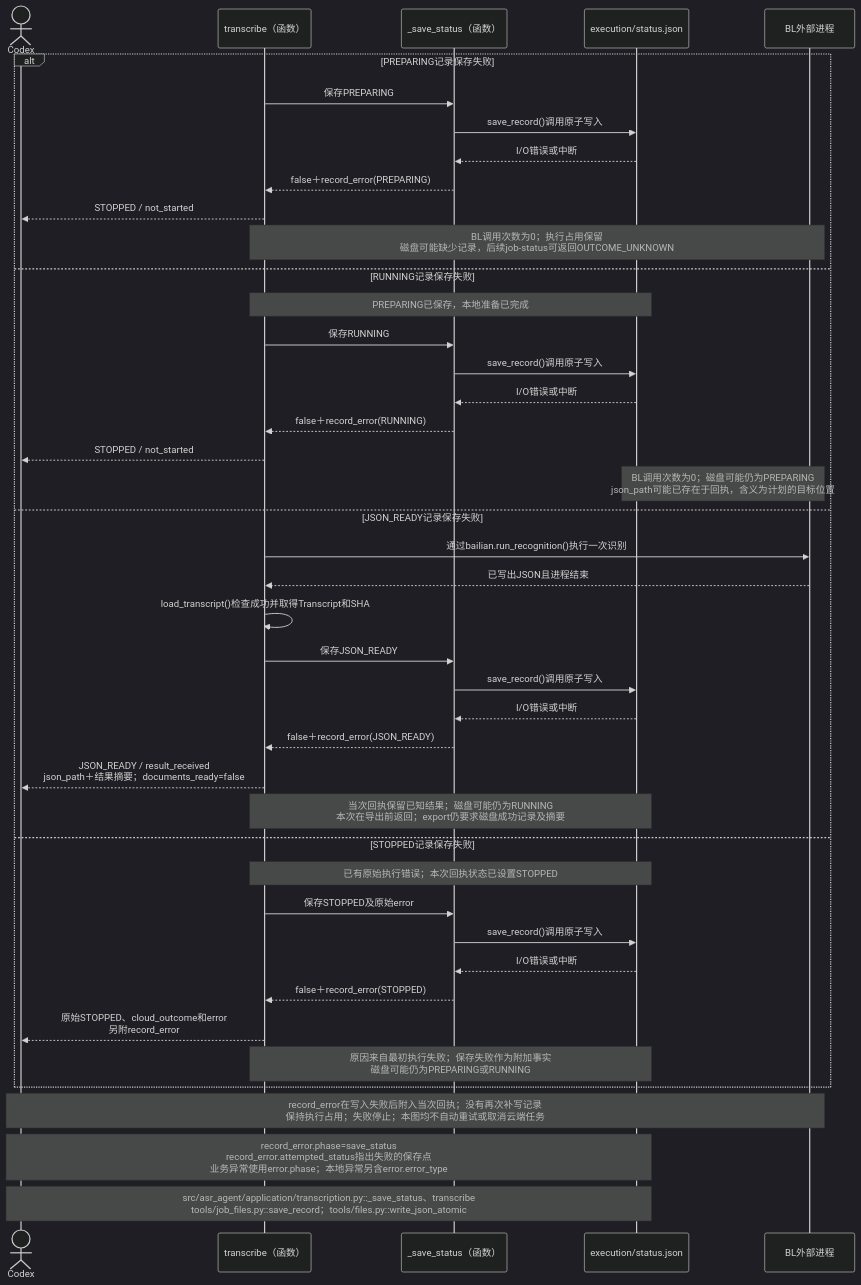
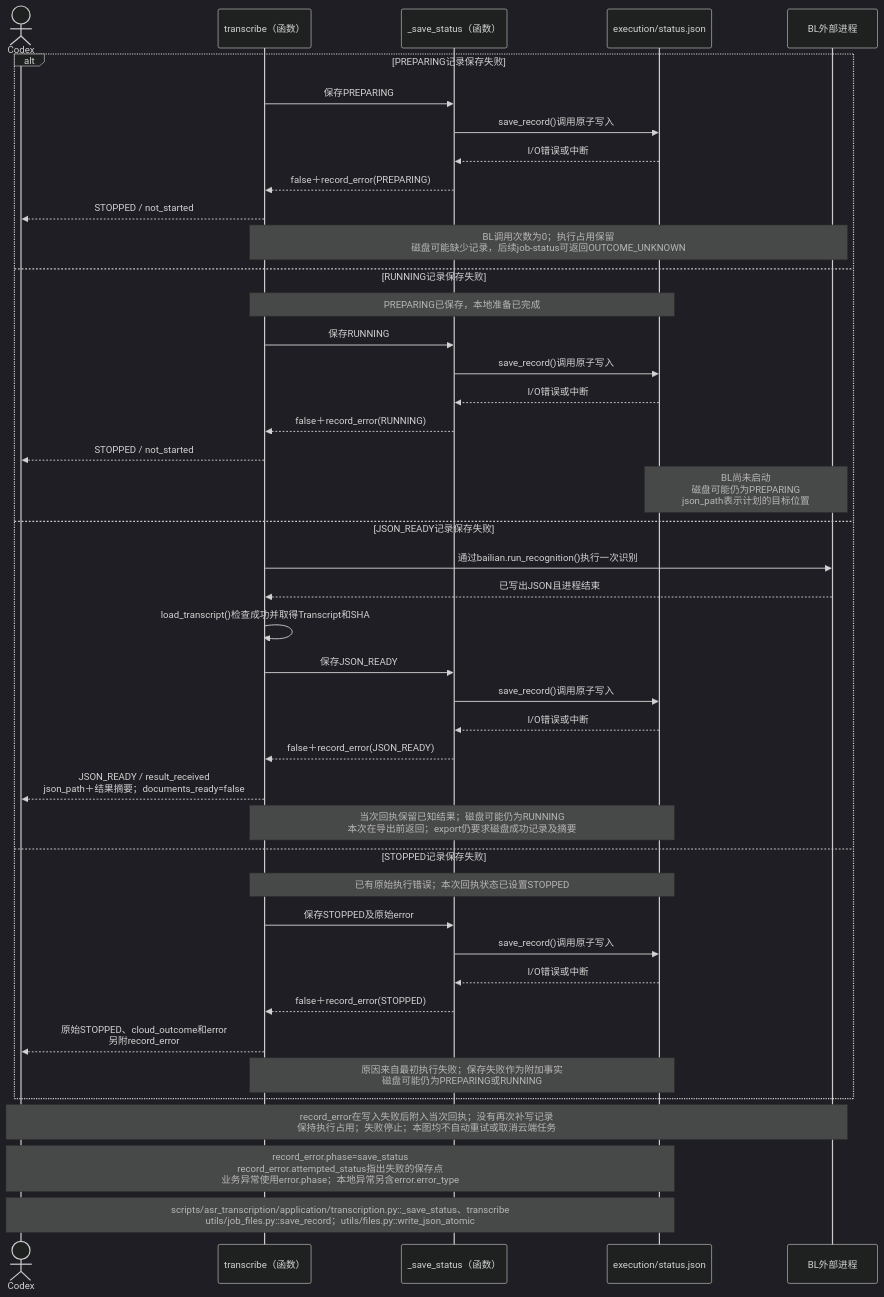
The diagram in doc/uml/08-failure.mmd (hx101700/asr-agent), drawn with Mermaid (dark theme) before and after one commit. The commit also changed 131 other files, not shown here.

Commit message:
refactor: deliver transcription skill with explicit write boundaries

```diff
--- a/doc/uml/08-failure.mmd
+++ b/doc/uml/08-failure.mmd
@@ -1,43 +1,43 @@
 sequenceDiagram
 actor C as Codex
 participant T as transcribe（函数）
 participant S as _save_status（函数）
 participant F as execution/status.json
 participant B as BL外部进程
 alt PREPARING记录保存失败
     T->>S: 保存PREPARING
     S->>F: save_record()调用原子写入
     F-->>S: I/O错误或中断
     S-->>T: false＋record_error(PREPARING)
     T-->>C: STOPPED / not_started
     Note over T,B: BL调用次数为0；执行占用保留<br/>磁盘可能缺少记录，后续job-status可返回OUTCOME_UNKNOWN
 else RUNNING记录保存失败
     Note over T,F: PREPARING已保存，本地准备已完成
     T->>S: 保存RUNNING
     S->>F: save_record()调用原子写入
     F-->>S: I/O错误或中断
     S-->>T: false＋record_error(RUNNING)
     T-->>C: STOPPED / not_started
-    Note over F,B: BL调用次数为0；磁盘可能仍为PREPARING<br/>json_path可能已存在于回执，含义为计划的目标位置
+    Note over F,B: BL尚未启动<br/>磁盘可能仍为PREPARING<br/>json_path表示计划的目标位置
 else JSON_READY记录保存失败
     T->>B: 通过bailian.run_recognition()执行一次识别
     B-->>T: 已写出JSON且进程结束
     T->>T: load_transcript()检查成功并取得Transcript和SHA
     T->>S: 保存JSON_READY
     S->>F: save_record()调用原子写入
     F-->>S: I/O错误或中断
     S-->>T: false＋record_error(JSON_READY)
     T-->>C: JSON_READY / result_received<br/>json_path＋结果摘要；documents_ready=false
     Note over T,F: 当次回执保留已知结果；磁盘可能仍为RUNNING<br/>本次在导出前返回；export仍要求磁盘成功记录及摘要
 else STOPPED记录保存失败
     Note over T,F: 已有原始执行错误；本次回执状态已设置STOPPED
     T->>S: 保存STOPPED及原始error
     S->>F: save_record()调用原子写入
     F-->>S: I/O错误或中断
     S-->>T: false＋record_error(STOPPED)
     T-->>C: 原始STOPPED、cloud_outcome和error<br/>另附record_error
     Note over T,F: 原因来自最初执行失败；保存失败作为附加事实<br/>磁盘可能仍为PREPARING或RUNNING
 end
 Note over C,B: record_error在写入失败后附入当次回执；没有再次补写记录<br/>保持执行占用；失败停止；本图均不自动重试或取消云端任务
 Note over C,F: record_error.phase=save_status<br/>record_error.attempted_status指出失败的保存点<br/>业务异常使用error.phase；本地异常另含error.error_type
-Note over C,F: src/asr_agent/application/transcription.py::_save_status、transcribe<br/>tools/job_files.py::save_record；tools/files.py::write_json_atomic
+Note over C,F: scripts/asr_transcription/application/transcription.py::_save_status、transcribe<br/>utils/job_files.py::save_record；utils/files.py::write_json_atomic
```
